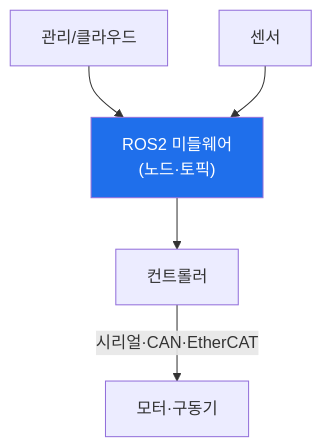
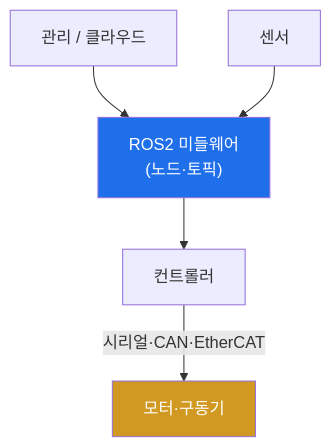
The diagram in contents/training/autonomous-systems/lecture_week09.md (mrgrit/tw2), drawn with Mermaid before and after one commit. The commit also changed other lines of this file, not shown here.

First line of the commit message:
docs(autonomous-systems): W09 강의 교재 보강 — 로봇 보안(ROS2·시리얼·펌웨어)

````diff
--- a/contents/training/autonomous-systems/lecture_week09.md
+++ b/contents/training/autonomous-systems/lecture_week09.md
@@ -55,8 +54,9 @@
 ```mermaid
 graph TD
-    GCS["관리/클라우드"] --> ROS["ROS2 미들웨어<br/>(노드·토픽)"]
+    GCS["관리 / 클라우드"] --> ROS["ROS2 미들웨어<br/>(노드·토픽)"]
     ROS --> CTRL["컨트롤러"]
-    CTRL -->|시리얼·CAN·EtherCAT| M["모터·구동기"]
+    CTRL -->|"시리얼·CAN·EtherCAT"| M["모터·구동기"]
     S["센서"] --> ROS
     style ROS fill:#1f6feb,color:#fff
+    style M fill:#d29922,color:#fff
 ```
````
